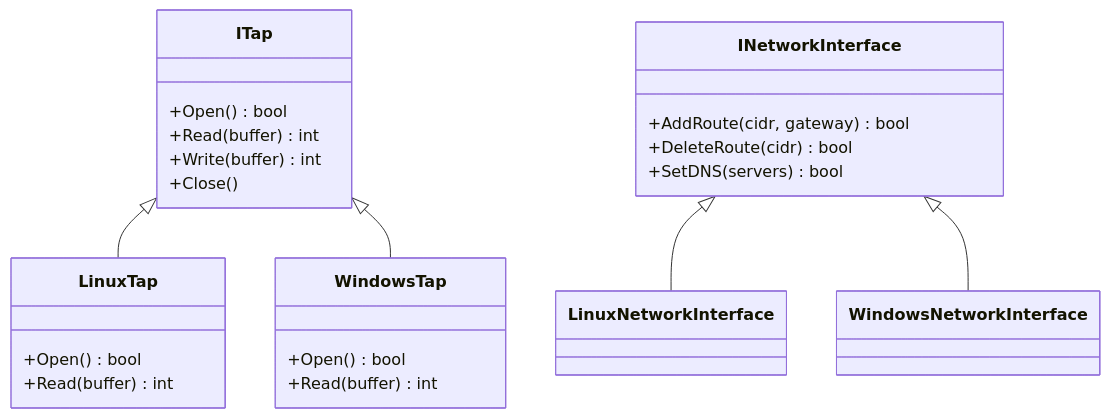
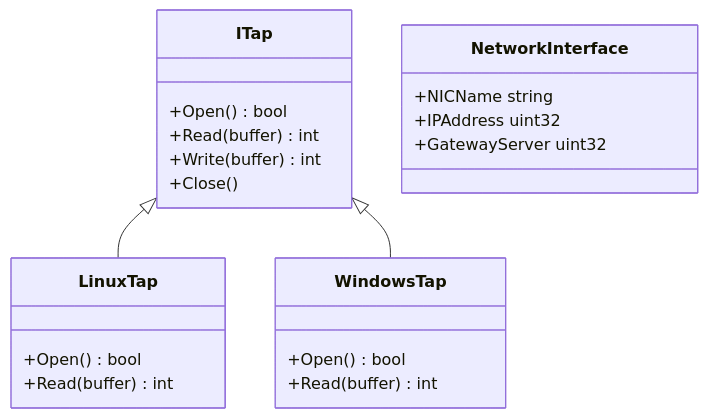
One commit to HyacinthHaru/openppp2 changed the sixth of 12 diagrams in docs/ARCHITECTURE.md. Above: the diagram before and after it, drawn with Mermaid. The commit also changed other lines of this file and 80 other files, not shown here.

````diff
--- a/docs/ARCHITECTURE.md
+++ b/docs/ARCHITECTURE.md
@@ -216,26 +216,24 @@
 ```mermaid
 classDiagram
     class ITap {
         +Open() bool
         +Read(buffer) int
         +Write(buffer) int
         +Close()
     }
-    class INetworkInterface {
-        +AddRoute(cidr, gateway) bool
-        +DeleteRoute(cidr) bool
-        +SetDNS(servers) bool
+    class NetworkInterface {
+        +NICName string
+        +IPAddress uint32
+        +GatewayServer uint32
     }
     class LinuxTap {
         +Open() bool
         +Read(buffer) int
     }
     class WindowsTap {
         +Open() bool
         +Read(buffer) int
     }
     ITap <|-- LinuxTap
     ITap <|-- WindowsTap
-    INetworkInterface <|-- LinuxNetworkInterface
-    INetworkInterface <|-- WindowsNetworkInterface
 ```
````
